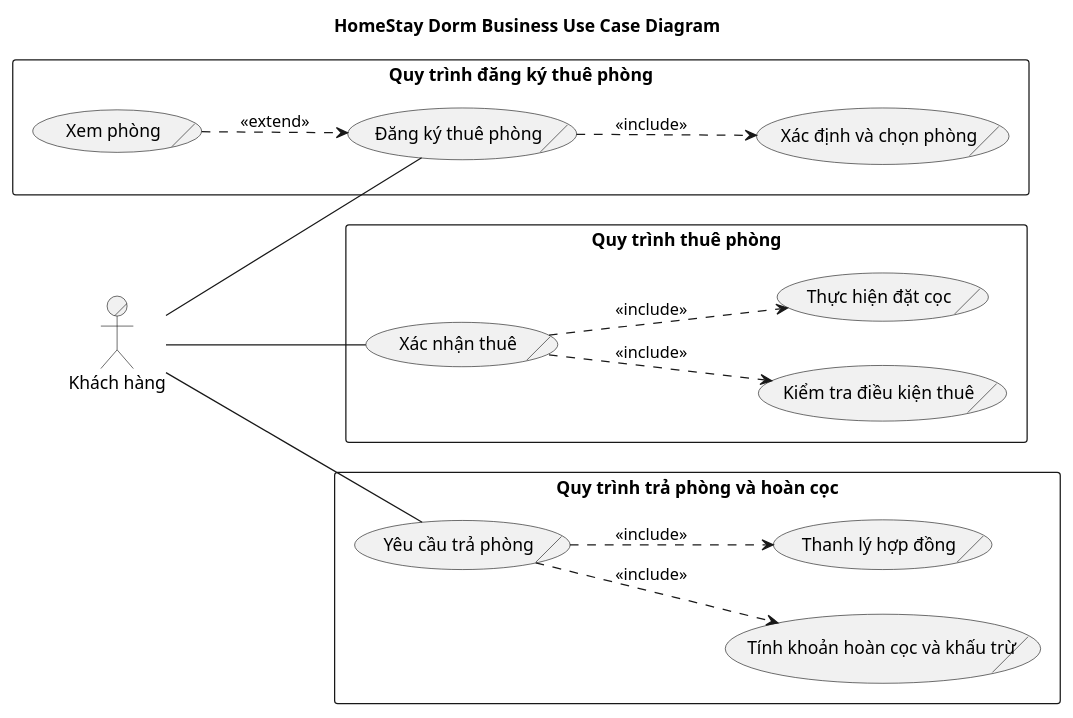
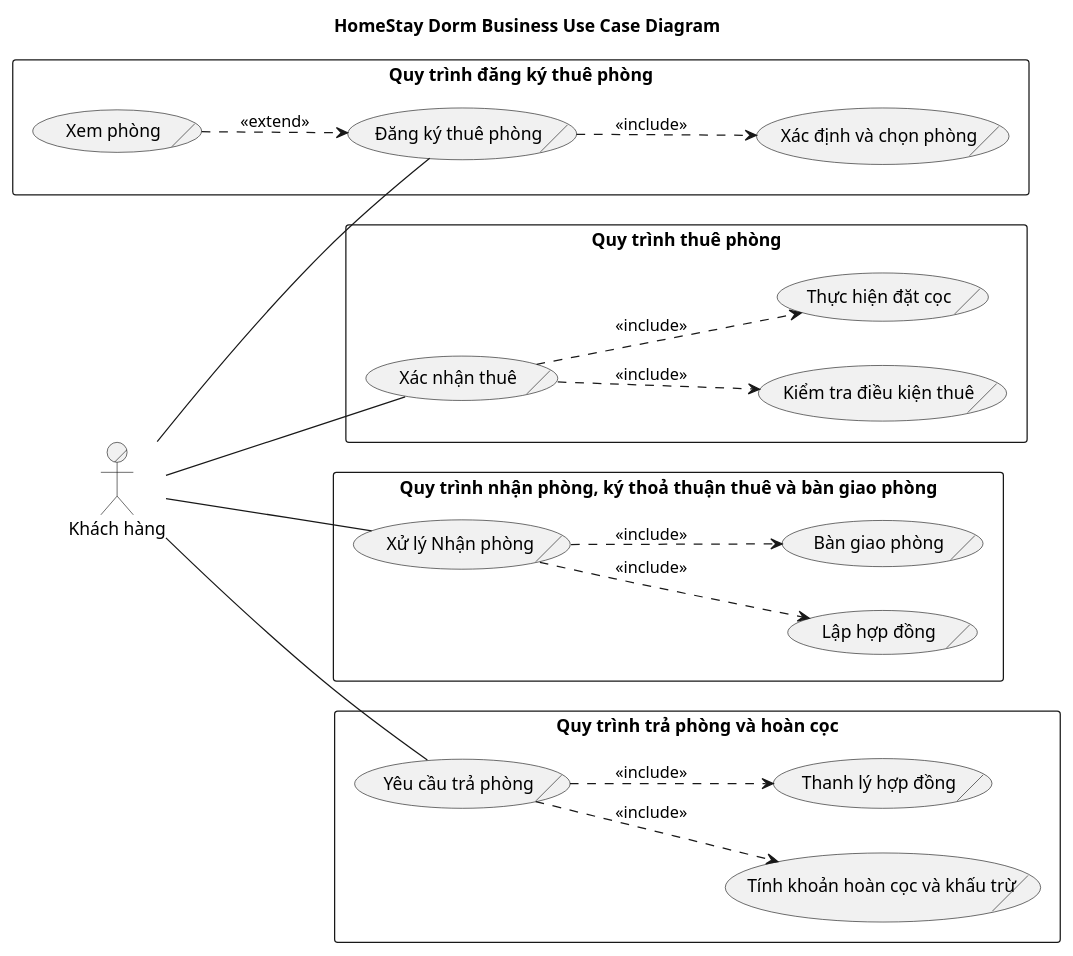
The diagram in doc/business/use-case/main_usecase_diagram.wsd (Gnourt812005/HCMUS-Analyze-and-desgin-IS), drawn with PlantUML before and after one commit.

Commit message:
use-case/An: thêm quy trình nhận phòng, ký thỏa thuận và bàn giao phòng

```diff
--- a/doc/business/use-case/main_usecase_diagram.wsd
+++ b/doc/business/use-case/main_usecase_diagram.wsd
@@ -1,47 +1,56 @@
 @startuml HomeStay Dorm
 title HomeStay Dorm Business Use Case Diagram
 skinparam packageStyle rectangle
 
 ' Direction
 left to right direction
 
 ' Define B.Actors
 actor/ "Khách hàng" as customer
 
 
 rectangle "Quy trình đăng ký thuê phòng" {
 	usecase/ "Đăng ký thuê phòng" as UC_DangKyThuePhong
 	usecase/ "Xác định và chọn phòng" as UC_XacDinhVaChonPhong
 	usecase/ "Xem phòng" as UC_XemPhong
 
 	' Use Case Relationships
 	UC_DangKyThuePhong ..> UC_XacDinhVaChonPhong : <<include>>
 	UC_XemPhong ..> UC_DangKyThuePhong : <<extend>>
 }
 
 rectangle "Quy trình thuê phòng" {
 	usecase/ "Xác nhận thuê" as UC_XacNhanThue
 	usecase/ "Kiểm tra điều kiện thuê" as UC_KiemTraDieuKienThue
 	usecase/ "Thực hiện đặt cọc" as UC_ThucHienDatCoc
 
 	' Use Case Relationships
 	UC_XacNhanThue ..> UC_KiemTraDieuKienThue : <<include>>
 	UC_XacNhanThue ..> UC_ThucHienDatCoc : <<include>>
 }
+rectangle "Quy trình nhận phòng, ký thoả thuận thuê và bàn giao phòng" {
+	usecase/ " Xử lý Nhận phòng" as UC_NhanPhong
+	usecase/ "Lập hợp đồng" as UC_KyHopDongThue
+	usecase/ "Bàn giao phòng" as UC_GiaoPhong
 
+	' Use Case Relationships
+	UC_NhanPhong ..> UC_KyHopDongThue : <<include>>
+	UC_NhanPhong ..> UC_GiaoPhong : <<include>>
+}
 rectangle "Quy trình trả phòng và hoàn cọc" {
 	usecase/ "Yêu cầu trả phòng" as UC_YeuCauTraPhong
 	usecase/ "Tính khoản hoàn cọc và khấu trừ" as UC_TinhHoanCocKhauTru
 	usecase/ "Thanh lý hợp đồng" as UC_ThanhLyHopDong
 
 	' Use Case Relationships
 	UC_YeuCauTraPhong ..> UC_TinhHoanCocKhauTru : <<include>>
 	UC_YeuCauTraPhong ..> UC_ThanhLyHopDong : <<include>>
 }
 
 ' Actor - Main Use Cases Associations
 customer -- UC_DangKyThuePhong
 customer -- UC_XacNhanThue
 customer -- UC_YeuCauTraPhong
+customer -- UC_NhanPhong
 
 @enduml
```
